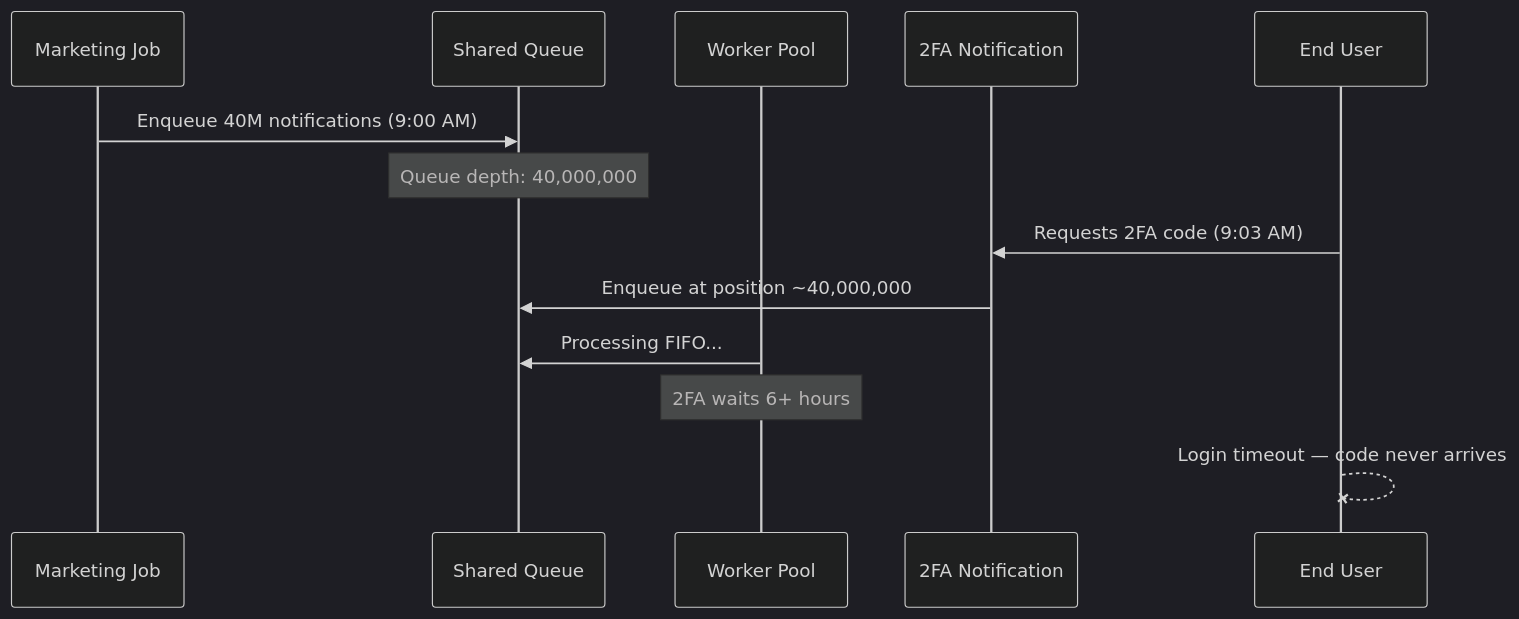
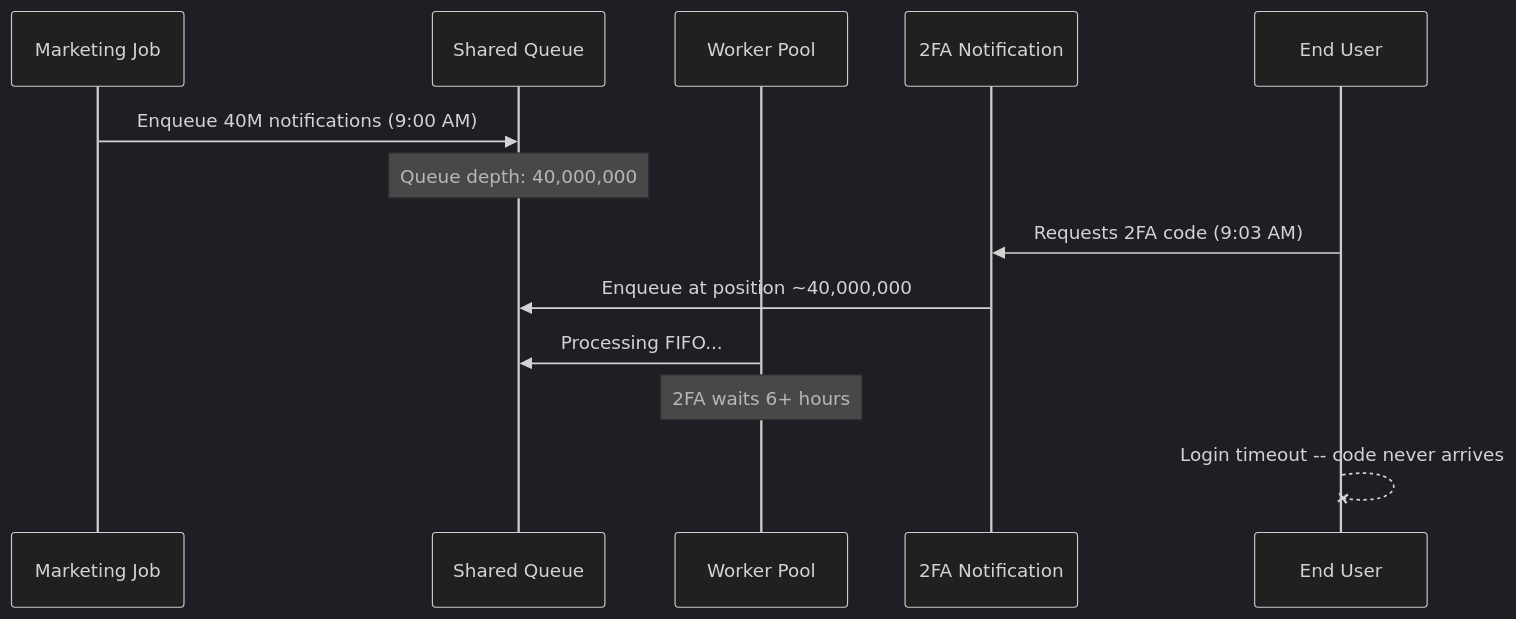
One commit to ranjeetnegi/System-Design-for-Staff-SWE changed the fourth of 5 diagrams in Section2/Chapter_13_System_Design_Framework.md. Above: the diagram before and after it, drawn with Mermaid (dark theme). The commit also changed other lines of this file and 20 other files, not shown here.

````diff
--- a/Section2/Chapter_13_System_Design_Framework.md
+++ b/Section2/Chapter_13_System_Design_Framework.md
@@ -2028,16 +2028,16 @@
 ```mermaid
 sequenceDiagram
     participant Marketing as Marketing Job
     participant Queue as Shared Queue
     participant Workers as Worker Pool
     participant TwoFA as 2FA Notification
     participant User as End User
 
     Marketing->>Queue: Enqueue 40M notifications (9:00 AM)
     Note over Queue: Queue depth: 40,000,000
     User->>TwoFA: Requests 2FA code (9:03 AM)
     TwoFA->>Queue: Enqueue at position ~40,000,000
     Workers->>Queue: Processing FIFO...
     Note over Workers: 2FA waits 6+ hours
-    User--xUser: Login timeout — code never arrives
+    User--xUser: Login timeout -- code never arrives
 ```
````
